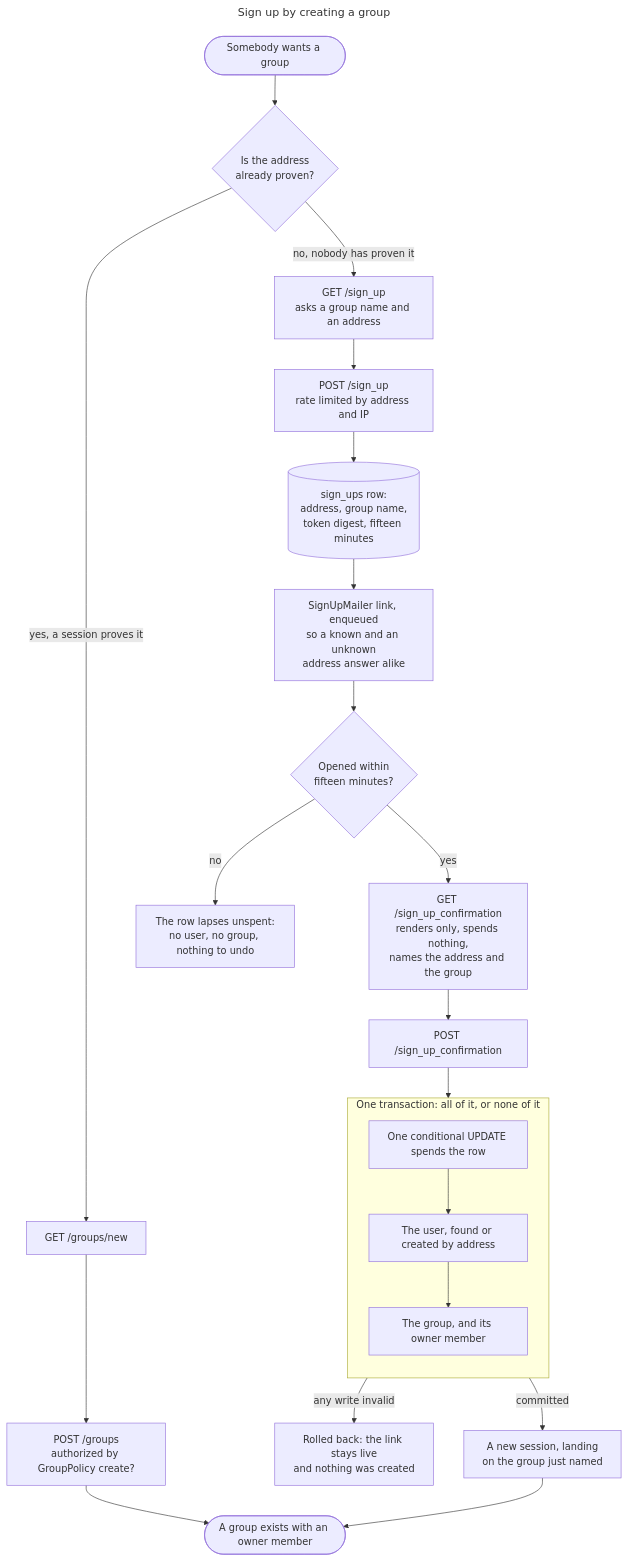
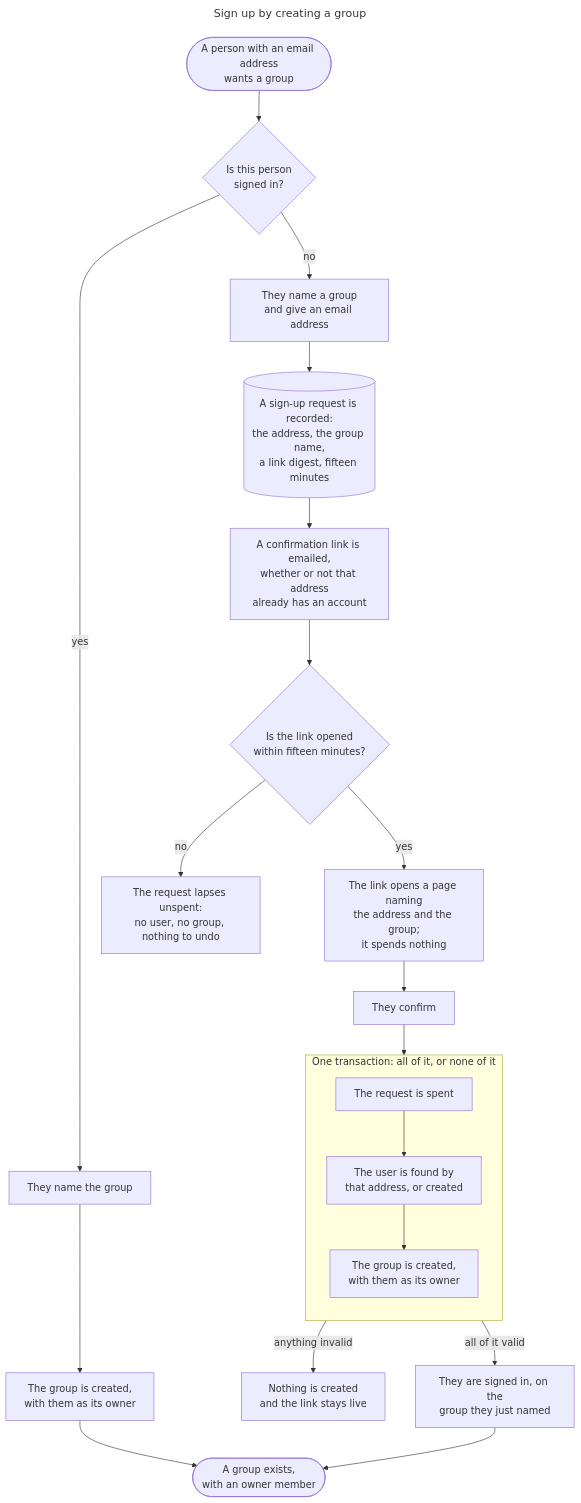
The diagram in docs/plans/2026-09-02_GHI-207_sign-up-by-creating-a-group.md (izkreny/groupifico), drawn with Mermaid before and after one commit. The commit also changed other lines of this file, not shown here.

Commit message:
docs: say the flow in the domain's words (#207)
> 🤖 Written by AI --- read/modified by izkreny! 🤓

Every node named a route or an HTTP verb, which is the delivery
mechanism rather than the thing happening, so the diagram read as a
routing table. It now names the acts: a person names a group, a
sign-up request is recorded, a link is emailed, they confirm. The
routes still exist in `## Steps`, where an implementer wants them.

The fork keeps asking whether the person is signed in rather than
whether a user with that address exists, because those are different
questions and only the first decides the branch. An address may well
be in `users` while nobody is holding a session for it, and that
person takes the signed-out branch and reaches their existing account
through `find_or_create_by!`. `refuse_authenticated` and
`require_authentication` are named in the frontmatter as what enforces
the fork, so neither branch is reachable from the other's situation.

````diff
--- a/docs/plans/2026-09-02_GHI-207_sign-up-by-creating-a-group.md
+++ b/docs/plans/2026-09-02_GHI-207_sign-up-by-creating-a-group.md
@@ -17,40 +17,41 @@
 ```mermaid
 ---
 title: Sign up by creating a group
 # IMPORTANT!
-# - The fork is whether the acting address is already proven, not whether a group exists
-# - Nothing on the unproven branch is written until the emailed link is confirmed
+# - The fork is whether this person is signed in, which is what proves the address is theirs
+# - `refuse_authenticated` and `require_authentication` enforce it, so neither branch is reachable from the other's situation
+# - Nothing on the signed-out branch is written until the emailed link is confirmed
 ---
 
 flowchart TD
-  visitor(["Somebody wants a group"]) --> proven{"Is the address<br/>already proven?"}
+  person(["A person with an email address<br/>wants a group"]) --> signedin{"Is this person<br/>signed in?"}
 
-  %% A session is that proof, so this branch defers nothing and sends no mail
-  proven -- "yes, a session proves it" --> gnew["GET /groups/new"]
-  gnew --> gcreate["POST /groups<br/>authorized by GroupPolicy create?"]
-  gcreate --> exists(["A group exists with an owner member"])
+  %% Their session already proves the address is theirs, so this branch defers nothing and mails nothing
+  %% It is also the one authorization question either branch asks: `GroupPolicy` `create?`
+  signedin -- yes --> names["They name the group"]
+  names --> made["The group is created,<br/>with them as its owner"]
+  made --> exists(["A group exists,<br/>with an owner member"])
 
-  %% No actor exists yet, so nothing on this branch is an authorization question
-  proven -- "no, nobody has proven it" --> sform["GET /sign_up<br/>asks a group name and an address"]
-  sform --> spost["POST /sign_up<br/>rate limited by address and IP"]
-  spost --> row[("sign_ups row:<br/>address, group name,<br/>token digest, fifteen minutes")]
-  row --> mail["SignUpMailer link, enqueued<br/>so a known and an unknown<br/>address answer alike"]
-  mail --> opened{"Opened within<br/>fifteen minutes?"}
+  %% Nobody has proven the address, and there is no actor to authorize until the act creates one
+  signedin -- no --> asks["They name a group<br/>and give an email address"]
+  asks --> request[("A sign-up request is recorded:<br/>the address, the group name,<br/>a link digest, fifteen minutes")]
+  request --> mailed["A confirmation link is emailed,<br/>whether or not that address<br/>already has an account"]
+  mailed --> opened{"Is the link opened<br/>within fifteen minutes?"}
 
-  opened -- no --> lapsed["The row lapses unspent:<br/>no user, no group, nothing to undo"]
+  opened -- no --> lapsed["The request lapses unspent:<br/>no user, no group, nothing to undo"]
 
-  %% A mail scanner reaches this GET as often as a person does, so it authenticates nobody
-  opened -- yes --> confirmshow["GET /sign_up_confirmation<br/>renders only, spends nothing,<br/>names the address and the group"]
-  confirmshow --> confirmpost["POST /sign_up_confirmation"]
-  confirmpost --> spend
+  %% A mail filter opens the link as often as a person does, so opening it signs nobody in
+  opened -- yes --> page["The link opens a page naming<br/>the address and the group;<br/>it spends nothing"]
+  page --> confirms["They confirm"]
+  confirms --> spent
 
   subgraph txn ["One transaction: all of it, or none of it"]
     direction TB
-    spend["One conditional UPDATE spends the row"] --> user["The user, found or created by address"]
-    user --> owned["The group, and its owner member"]
+    spent["The request is spent"] --> user["The user is found by<br/>that address, or created"]
+    user --> owned["The group is created,<br/>with them as its owner"]
   end
 
-  owned -- "any write invalid" --> rollback["Rolled back: the link stays live<br/>and nothing was created"]
-  owned -- "committed" --> landed["A new session, landing<br/>on the group just named"]
+  owned -- "anything invalid" --> rollback["Nothing is created<br/>and the link stays live"]
+  owned -- "all of it valid" --> landed["They are signed in, on the<br/>group they just named"]
   landed --> exists
 ```
````
